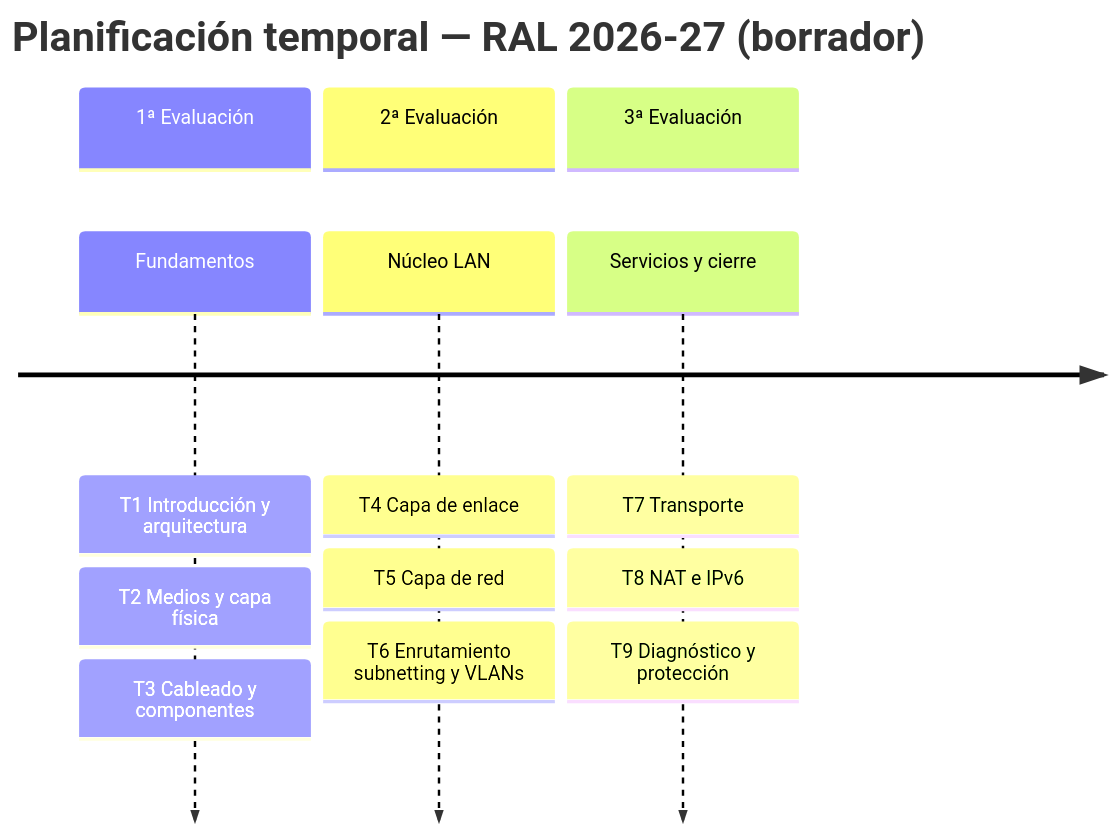
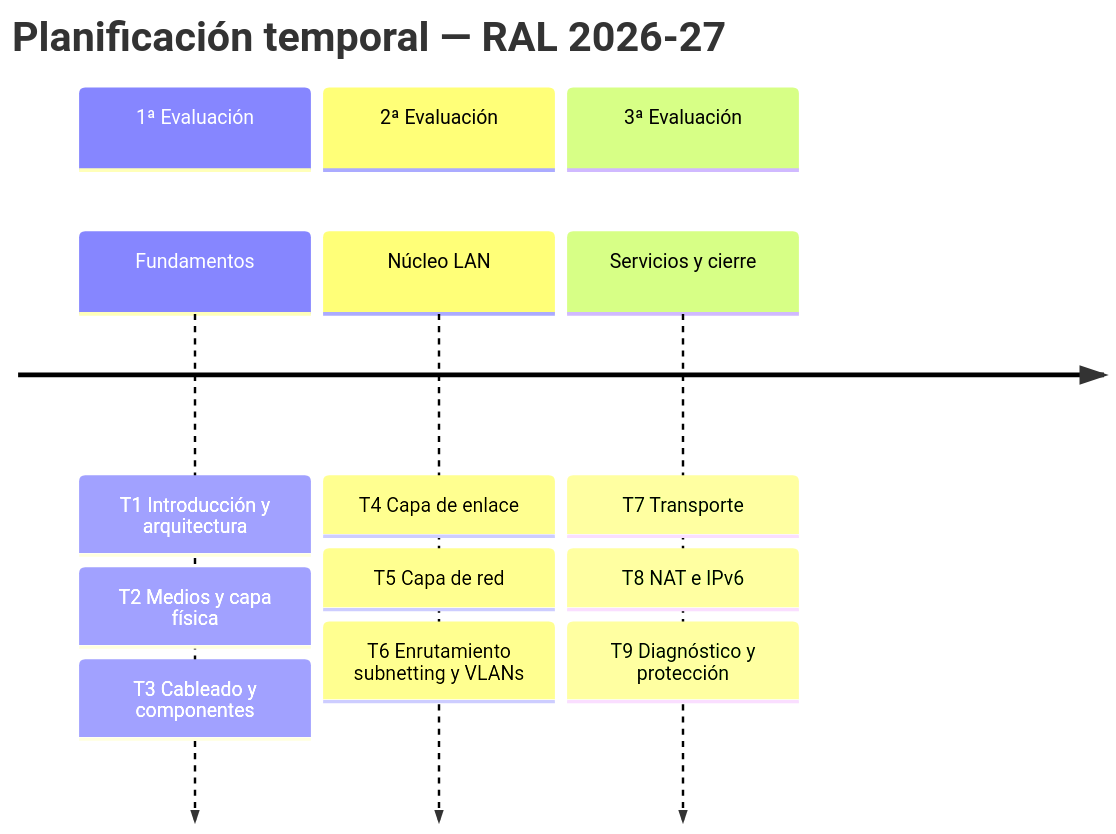
The diagram in docs/index.md (fjavier-hernandez/ral), drawn with Mermaid before and after one commit. The commit also changed other lines of this file and 4 other files, not shown here.

````diff
--- a/docs/index.md
+++ b/docs/index.md
@@ -87,10 +85,10 @@
 ``` mermaid
 timeline
-    title Planificación temporal — RAL 2026-27 (borrador)
+    title Planificación temporal — RAL 2026-27
     section 1ª Evaluación
         Fundamentos : T1 Introducción y arquitectura : T2 Medios y capa física : T3 Cableado y componentes
     section 2ª Evaluación
         Núcleo LAN : T4 Capa de enlace : T5 Capa de red : T6 Enrutamiento subnetting y VLANs
     section 3ª Evaluación
         Servicios y cierre : T7 Transporte : T8 NAT e IPv6 : T9 Diagnóstico y protección
 ```
````
